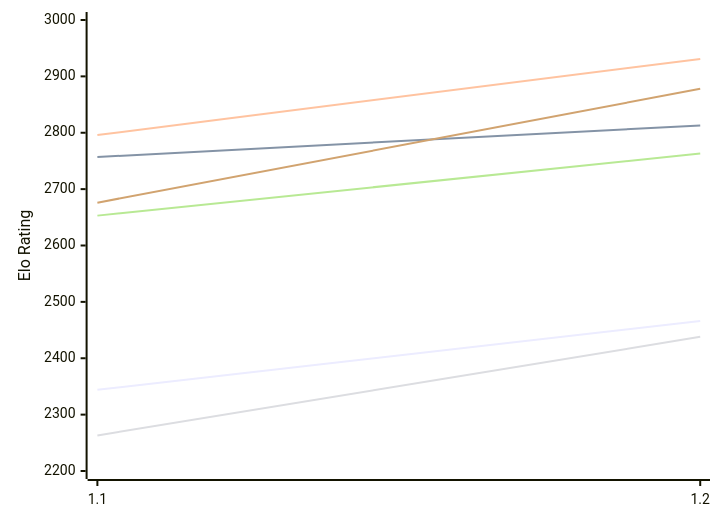
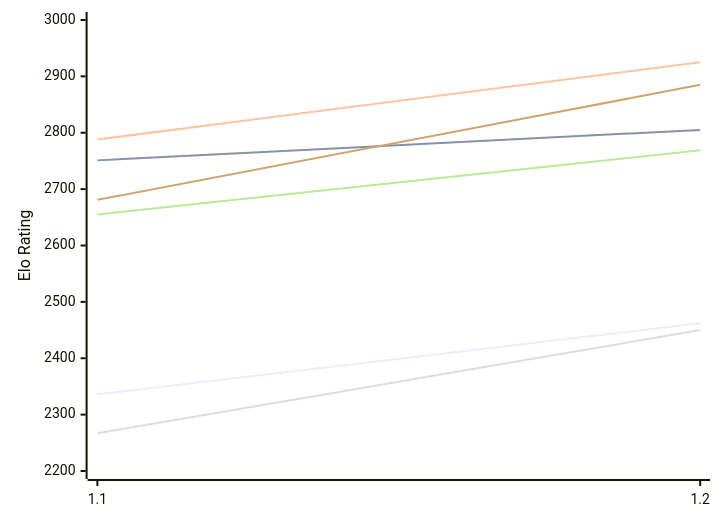
One commit to computer-chess-index/cci changed the first of 2 diagrams in engines/FoxChess.md. Above: the diagram before and after it, drawn with Mermaid. The commit also changed other lines of this file, not shown here.

Commit message:
Update CCI Ratings (ELO VLTC) - 2026-11-18

````diff
--- a/engines/FoxChess.md
+++ b/engines/FoxChess.md
@@ -51,12 +51,12 @@
 ```mermaid
 %%{init: {"theme":"base","themeVariables":{"seriesColors:['#a3a3a3','#222221','#faa371']}}}%%
 xychart-beta
   x-axis ["1.1", "1.2"]
   y-axis "Elo Rating" 2200 --> 3000
-  line "E1: STC (8.0+0.08s)" [2344, 2466]
-  line "E1: LTC (60.0+0.60s)" [2757, 2813]
-  line "E1: VLTC (2m24s+1.12s)" [2796, 2931]
-  line "P1: STC (8.0+0.08s)" [2263, 2438]
-  line "P1: LTC (60.0+0.60s)" [2653, 2763]
-  line "P1: VLTC (2m24s+1.12s)" [2676, 2878]
+  line "E1: STC (8.0+0.08s)" [2336, 2462]
+  line "E1: LTC (60.0+0.60s)" [2751, 2805]
+  line "E1: VLTC (2m24s+1.12s)" [2788, 2925]
+  line "P1: STC (8.0+0.08s)" [2267, 2450]
+  line "P1: LTC (60.0+0.60s)" [2655, 2769]
+  line "P1: VLTC (2m24s+1.12s)" [2681, 2885]
 ```
````
